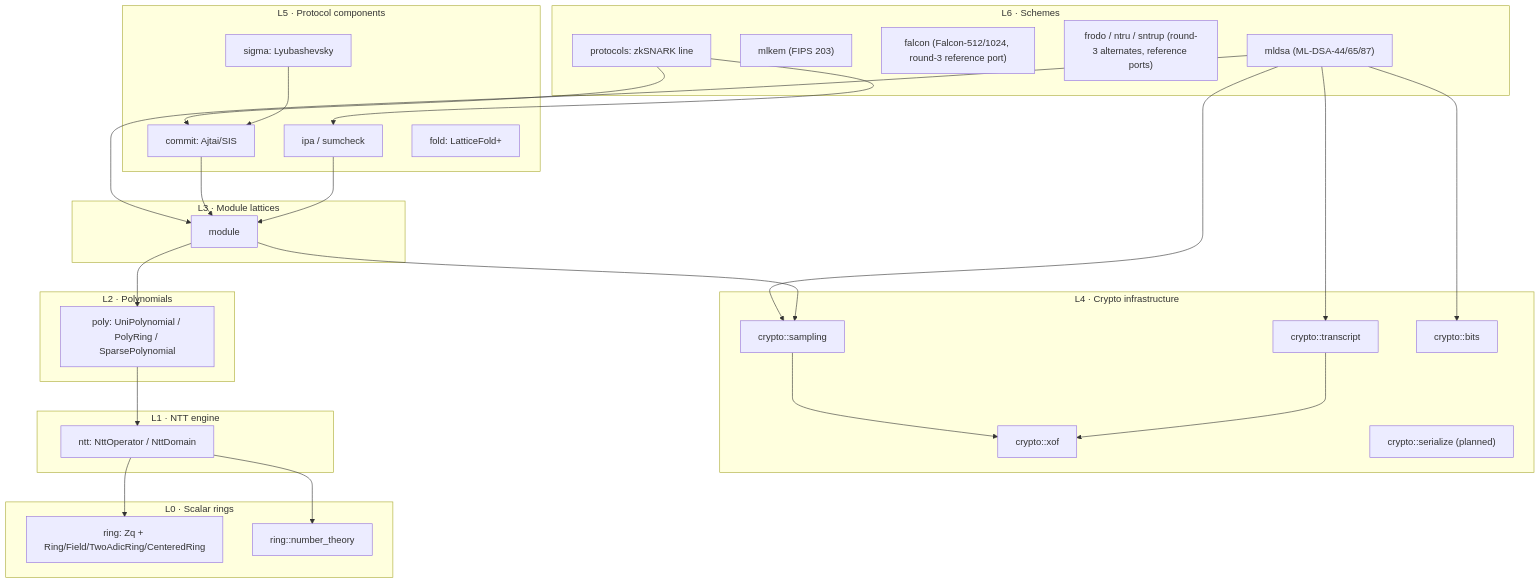
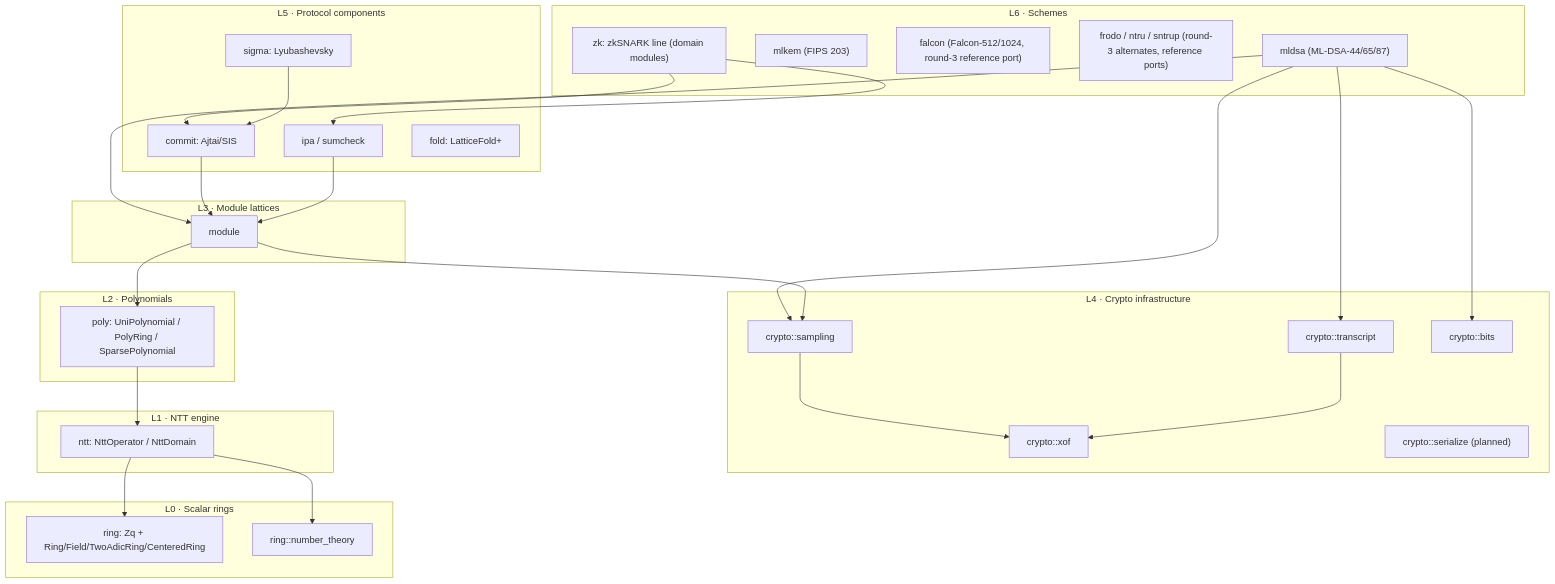
Before and after one commit to SuccinctPaul/lattice-algebra-rs: the diagram in docs/src/pages/design/module-map.mdx, drawn with Mermaid. The commit also changed other lines of this file and 34 other files, not shown here.

First line of the commit message:
refactor(zk)!: organize primitives into domain modules

````diff
--- a/docs/src/pages/design/module-map.mdx
+++ b/docs/src/pages/design/module-map.mdx
@@ -20,52 +20,52 @@
 ```mermaid
 flowchart TB
     subgraph L6["L6 · Schemes"]
         MLDSA["mldsa (ML-DSA-44/65/87)"]
         MLKEM["mlkem (FIPS 203)"]
         FALCON["falcon (Falcon-512/1024, round-3 reference port)"]
         ALTKEM["frodo / ntru / sntrup (round-3 alternates, reference ports)"]
-        ZK["protocols: zkSNARK line"]
+        ZK["zk: zkSNARK line (domain modules)"]
     end
     subgraph L5["L5 · Protocol components"]
         COMMIT["commit: Ajtai/SIS"]
         SIGMA["sigma: Lyubashevsky"]
         IPA["ipa / sumcheck"]
         FOLD["fold: LatticeFold+"]
     end
     subgraph L4["L4 · Crypto infrastructure"]
         XOF["crypto::xof"]
         SAMP["crypto::sampling"]
         TR["crypto::transcript"]
         BITS["crypto::bits"]
         SER["crypto::serialize (planned)"]
     end
     subgraph L3["L3 · Module lattices"]
         MOD["module"]
     end
     subgraph L2["L2 · Polynomials"]
         POLY["poly: UniPolynomial / PolyRing / SparsePolynomial"]
     end
     subgraph L1["L1 · NTT engine"]
         NTT["ntt: NttOperator / NttDomain"]
     end
     subgraph L0["L0 · Scalar rings"]
         RING["ring: Zq + Ring/Field/TwoAdicRing/CenteredRing"]
         NT["ring::number_theory"]
     end
     MLDSA --> MOD
     MLDSA --> SAMP
     MLDSA --> TR
     MLDSA --> BITS
     ZK --> COMMIT
     ZK --> IPA
     COMMIT --> MOD
     IPA --> MOD
     SIGMA --> COMMIT
     MOD --> POLY
     MOD --> SAMP
     POLY --> NTT
     SAMP --> XOF
     TR --> XOF
     NTT --> RING
     NTT --> NT
 ```
````
